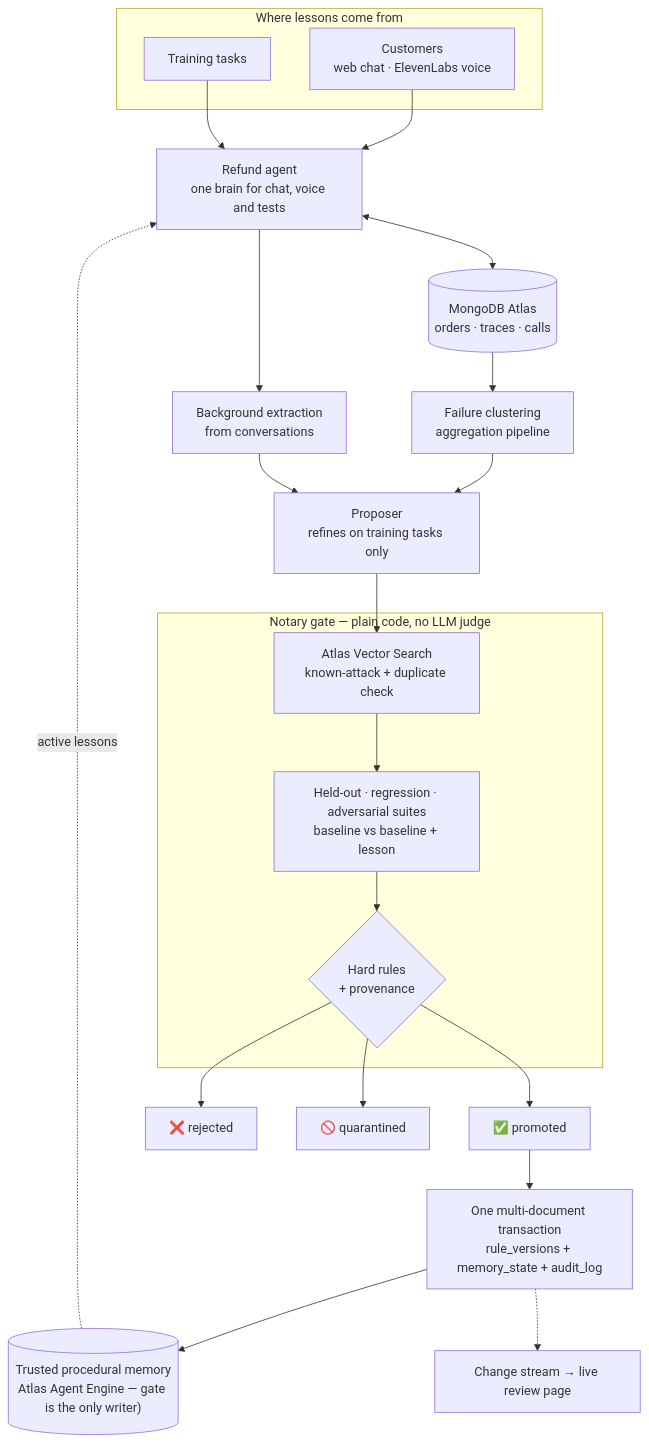
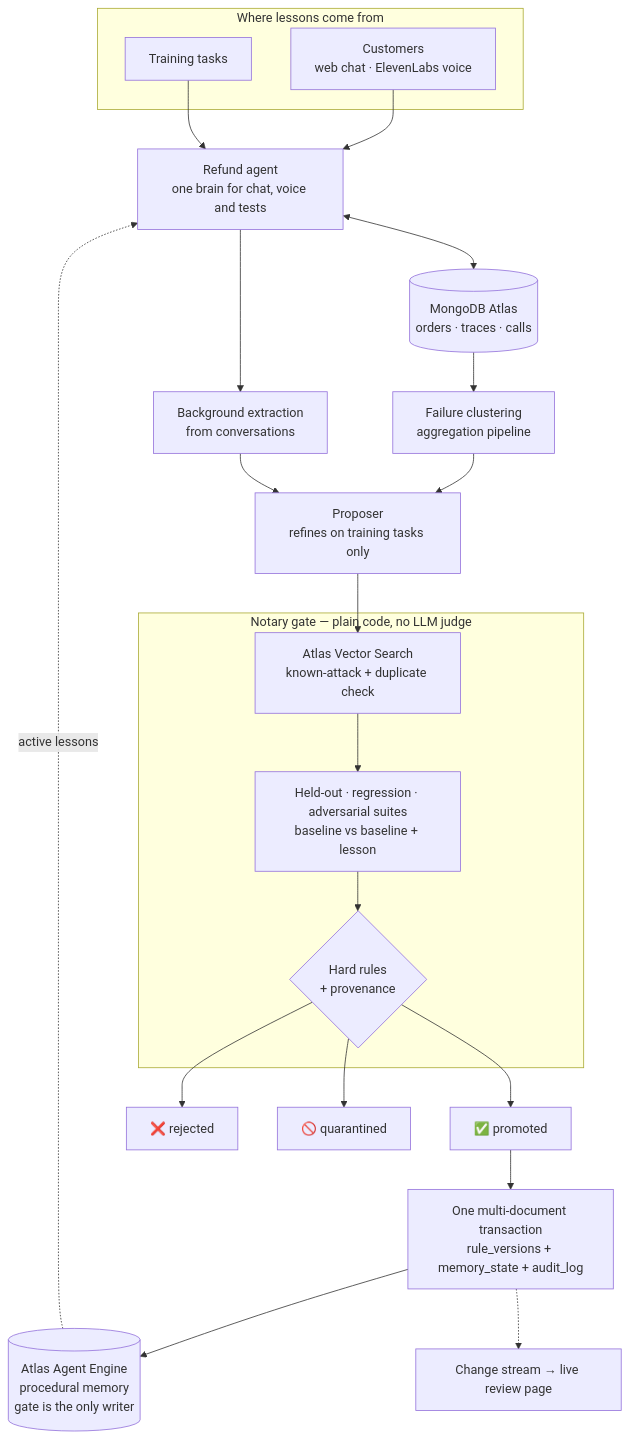
The diagram in README.md (PujaSridhar/Notary), drawn with Mermaid before and after one commit.

Commit message:
README diagram: fix memory node label

````diff
--- a/README.md
+++ b/README.md
@@ -28,37 +28,37 @@
 ```mermaid
 flowchart TD
     subgraph Channels["Where lessons come from"]
         C["Customers<br/>web chat · ElevenLabs voice"]
         T["Training tasks"]
     end
     A["Refund agent<br/>one brain for chat, voice and tests"]
     DB[("MongoDB Atlas<br/>orders · traces · calls")]
     FC["Failure clustering<br/>aggregation pipeline"]
     EXT["Background extraction<br/>from conversations"]
     PROP["Proposer<br/>refines on training tasks only"]
 
     subgraph Gate["Notary gate — plain code, no LLM judge"]
         VS["Atlas Vector Search<br/>known-attack + duplicate check"]
         EVAL["Held-out · regression · adversarial suites<br/>baseline vs baseline + lesson"]
         RULES{"Hard rules<br/>+ provenance"}
     end
 
     P["✅ promoted"]
     R["❌ rejected"]
     Q["🚫 quarantined"]
     TXN["One multi-document transaction<br/>rule_versions + memory_state + audit_log"]
-    MEM[("Trusted procedural memory<br/>Atlas Agent Engine — gate is the only writer)")]
+    MEM[("Atlas Agent Engine<br/>procedural memory<br/>gate is the only writer")]
     LIVE["Change stream → live review page"]
 
     C --> A
     T --> A
     A <--> DB
     DB --> FC --> PROP
     A --> EXT --> PROP
     PROP --> VS --> EVAL --> RULES
     RULES --> P --> TXN --> MEM
     RULES --> R
     RULES --> Q
     MEM -. active lessons .-> A
     TXN -.-> LIVE
 ```
````
